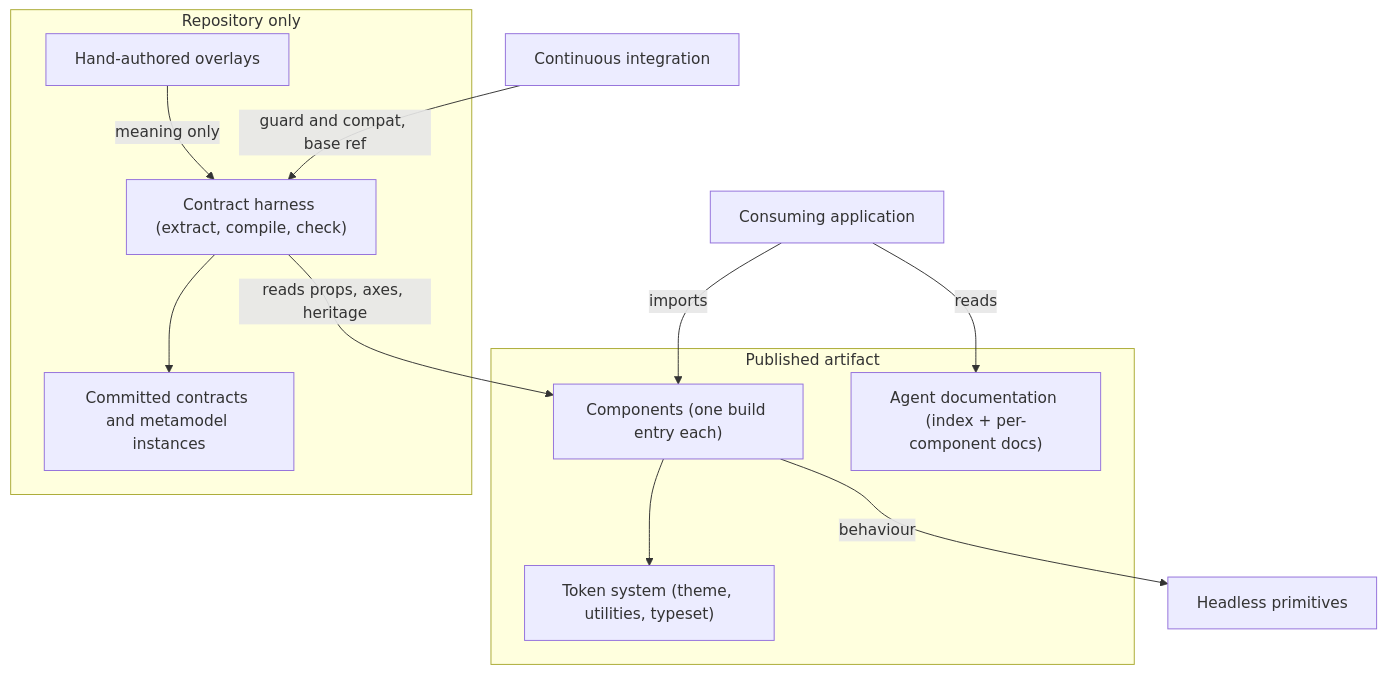
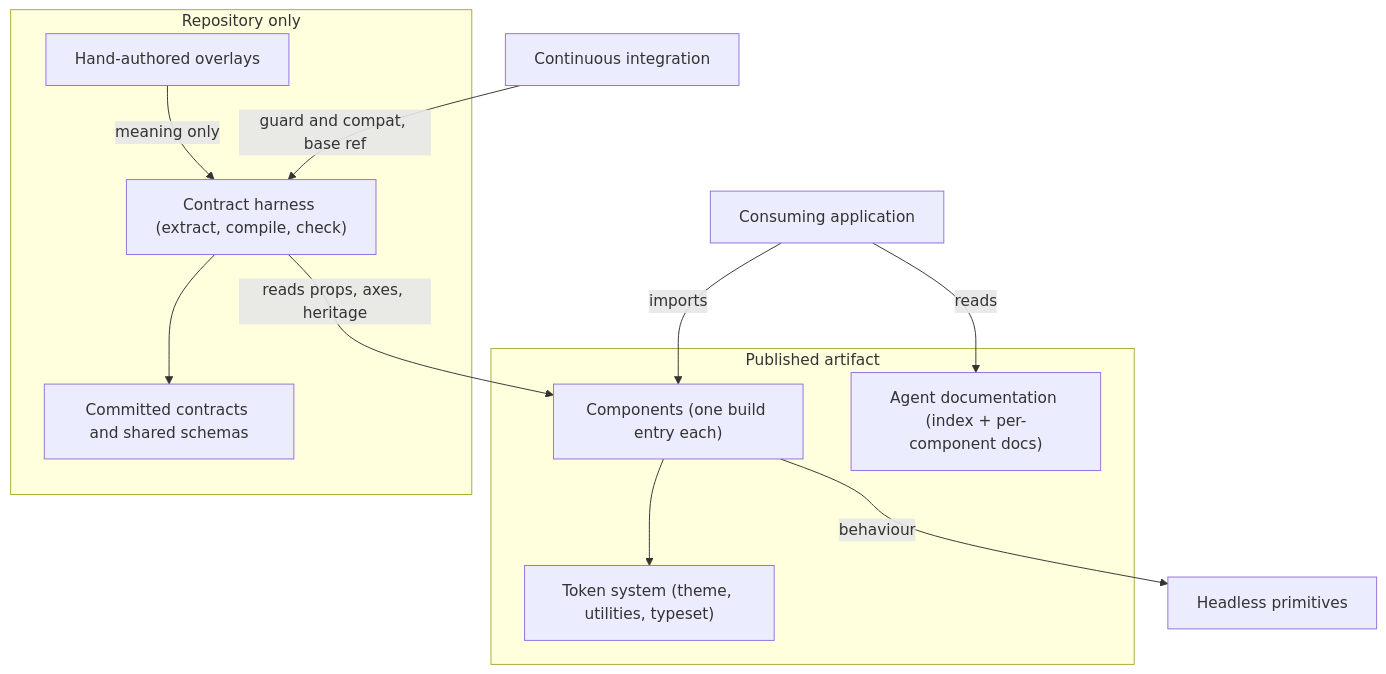
The first of 3 diagrams in packages/ui-kit/architecture/DESIGN.md (GeraBart/gears-frontx), drawn with Mermaid before and after one commit. The commit also changed other lines of this file and 3 other files, not shown here.

````diff
--- a/packages/ui-kit/architecture/DESIGN.md
+++ b/packages/ui-kit/architecture/DESIGN.md
@@ -80,21 +80,21 @@
 ```mermaid
 graph TD
     subgraph Published[Published artifact]
         Comp["Components (one build entry each)"]
         Tokens["Token system (theme, utilities, typeset)"]
         Docs["Agent documentation (index + per-component docs)"]
     end
     subgraph Repo[Repository only]
         Harness["Contract harness (extract, compile, check)"]
         Overlay["Hand-authored overlays"]
-        Artifacts["Committed contracts and metamodel instances"]
+        Artifacts["Committed contracts and shared schemas"]
     end
     Comp --> Tokens
     Comp -- "behaviour" --> Primitives["Headless primitives"]
     Harness -- "reads props, axes, heritage" --> Comp
     Overlay -- "meaning only" --> Harness
     Harness --> Artifacts
     CI["Continuous integration"] -- "guard and compat, base ref" --> Harness
     Consumer["Consuming application"] -- "imports" --> Comp
     Consumer -- "reads" --> Docs
 ```
````
